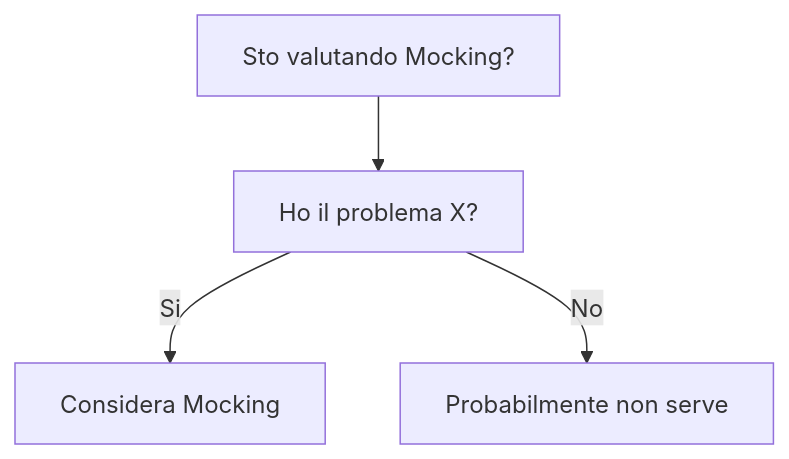
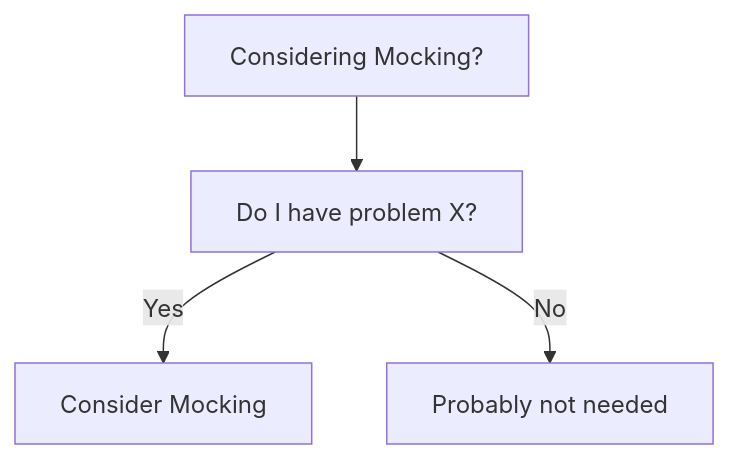
Before and after one commit to HxT9/Software-Dev-Wiki: the diagram in dev-wiki/09_Testing/Mocking/When_To_Use.md, drawn with Mermaid. The commit also changed other lines of this file and 3444 other files, not shown here.

````diff
--- a/dev-wiki/09_Testing/Mocking/When_To_Use.md
+++ b/dev-wiki/09_Testing/Mocking/When_To_Use.md
@@ -19,6 +19,6 @@
 ```mermaid
 flowchart TD
-  Q[Sto valutando Mocking?] --> Q1[Ho il problema X?]
-  Q1 -->|Si| OK[Considera Mocking]
-  Q1 -->|No| NO[Probabilmente non serve]
+  Q[Considering Mocking?] --> Q1[Do I have problem X?]
+  Q1 -->|Yes| OK[Consider Mocking]
+  Q1 -->|No| NO[Probably not needed]
 ```
````
